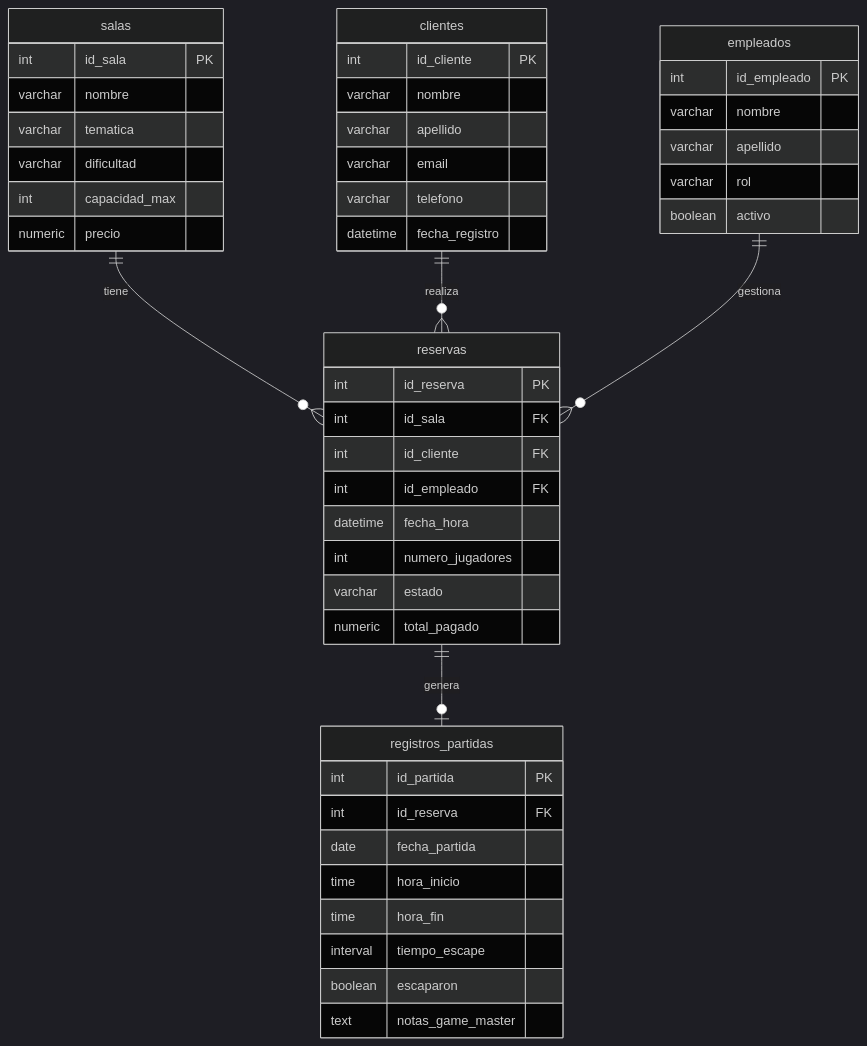
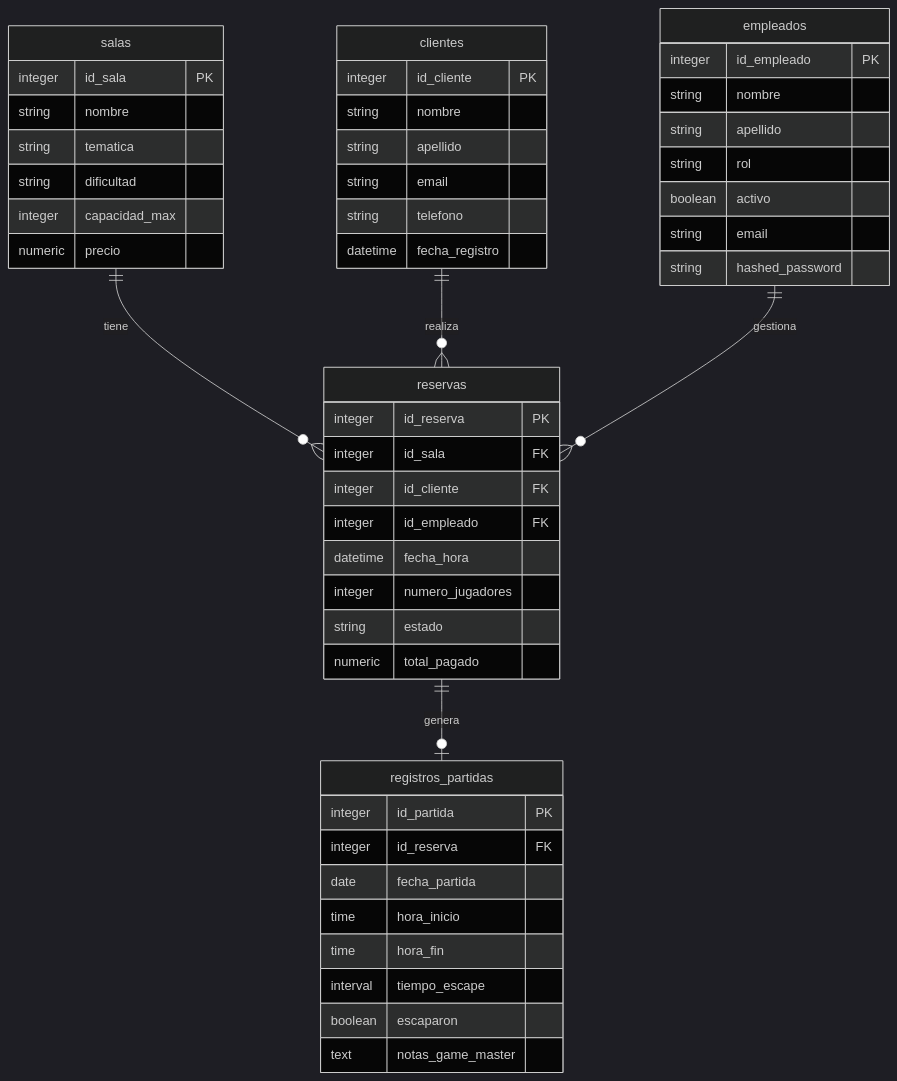
Before and after one commit to Bootcamp-IA-MAD-P7/proyecto2-grupo3: the diagram in README.md, drawn with Mermaid (dark theme). The commit also changed other lines of this file and 12 other files, not shown here.

````diff
--- a/README.md
+++ b/README.md
@@ -234,55 +181,57 @@
 ```mermaid
 erDiagram
   salas {
-    int id_sala PK
-    varchar nombre
-    varchar tematica
-    varchar dificultad
-    int capacidad_max
+    integer id_sala PK
+    string nombre
+    string tematica
+    string dificultad
+    integer capacidad_max
     numeric precio
   }
 
   clientes {
-    int id_cliente PK
-    varchar nombre
-    varchar apellido
-    varchar email
-    varchar telefono
+    integer id_cliente PK
+    string nombre
+    string apellido
+    string email
+    string telefono
     datetime fecha_registro
   }
 
   empleados {
-    int id_empleado PK
-    varchar nombre
-    varchar apellido
-    varchar rol
+    integer id_empleado PK
+    string nombre
+    string apellido
+    string rol
     boolean activo
+    string email
+    string hashed_password
   }
 
   reservas {
-    int id_reserva PK
-    int id_sala FK
-    int id_cliente FK
-    int id_empleado FK
+    integer id_reserva PK
+    integer id_sala FK
+    integer id_cliente FK
+    integer id_empleado FK
     datetime fecha_hora
-    int numero_jugadores
-    varchar estado
+    integer numero_jugadores
+    string estado
     numeric total_pagado
   }
 
   registros_partidas {
-    int id_partida PK
-    int id_reserva FK
+    integer id_partida PK
+    integer id_reserva FK
     date fecha_partida
     time hora_inicio
     time hora_fin
     interval tiempo_escape
     boolean escaparon
     text notas_game_master
   }
 
   salas ||--o{ reservas : "tiene"
   clientes ||--o{ reservas : "realiza"
   empleados ||--o{ reservas : "gestiona"
   reservas ||--o| registros_partidas : "genera"
 ```
````
